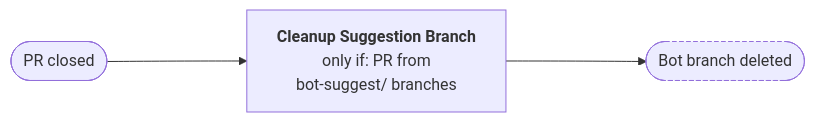
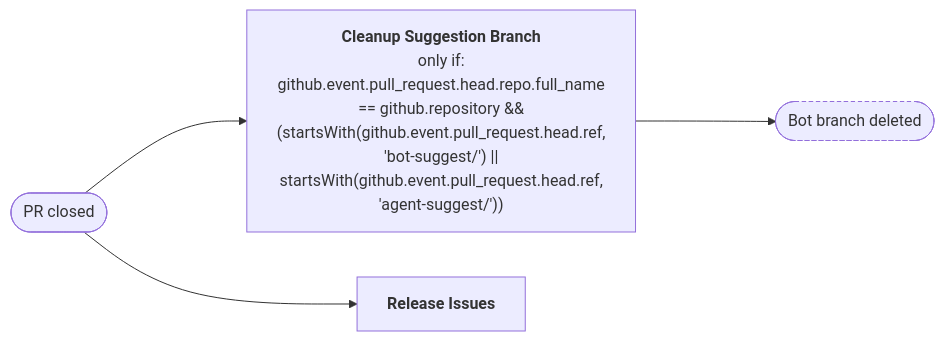
The second of 9 diagrams in .github/workflow-graphs/README.md (nfdi4health/dsAnalysis), drawn with Mermaid before and after one commit. The commit also changed other lines of this file, not shown here.

Commit message:
docs: update workflow diagrams

````diff
--- a/.github/workflow-graphs/README.md
+++ b/.github/workflow-graphs/README.md
@@ -70,10 +74,12 @@
 ```mermaid
 %%{init: {"flowchart": {"rankSpacing": 140, "nodeSpacing": 45}}}%%
 flowchart LR
   ev(["PR closed"])
-  wf_cleanup_suggestion_branch_yml["<b>Cleanup Suggestion Branch</b><br/>only if: PR from<br/>bot-suggest/ branches"]
+  wf_cleanup_suggestion_branch_yml["<b>Cleanup Suggestion Branch</b><br/>only if:<br/>github.event.pull_request.head.repo.full_name<br/>== github.repository &&<br/>(startsWith(github.event.pull_request.head.ref,<br/>'bot-suggest/') ||<br/>startsWith(github.event.pull_request.head.ref,<br/>'agent-suggest/'))"]
   ev --> wf_cleanup_suggestion_branch_yml
+  wf_release_issues_yml["<b>Release Issues</b>"]
+  ev --> wf_release_issues_yml
   out_1(["Bot branch deleted"]):::outcome
   wf_cleanup_suggestion_branch_yml --> out_1
   classDef outcome stroke-dasharray: 4 3
 ```
````
